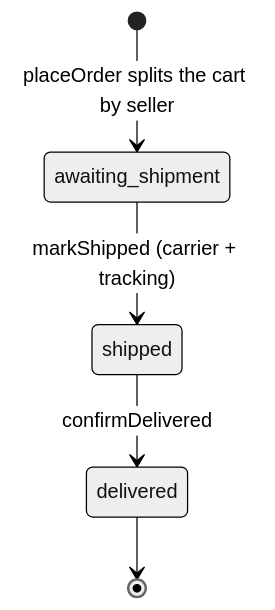
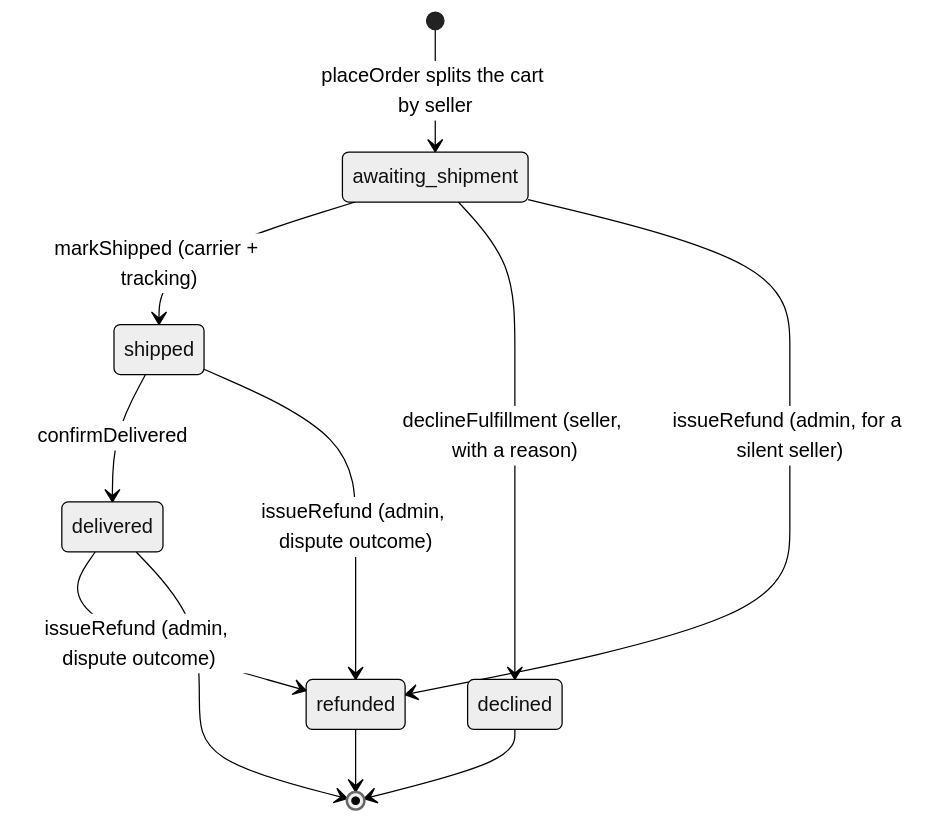
Before and after one commit to jonathan-beebe/art-store: the third of 3 diagrams in prototype/node/docs/orders.md, drawn with Mermaid (neutral theme). The commit also changed other lines of this file and 429 other files, not shown here.

````diff
--- a/prototype/node/docs/orders.md
+++ b/prototype/node/docs/orders.md
@@ -144,7 +180,13 @@
 ```mermaid
 stateDiagram-v2
     [*] --> awaiting_shipment : placeOrder splits the cart by seller
     awaiting_shipment --> shipped : markShipped (carrier + tracking)
+    awaiting_shipment --> declined : declineFulfillment (seller, with a reason)
+    awaiting_shipment --> refunded : issueRefund (admin, for a silent seller)
     shipped --> delivered : confirmDelivered
+    shipped --> refunded : issueRefund (admin, dispute outcome)
+    delivered --> refunded : issueRefund (admin, dispute outcome)
     delivered --> [*]
+    declined --> [*]
+    refunded --> [*]
 ```
````
